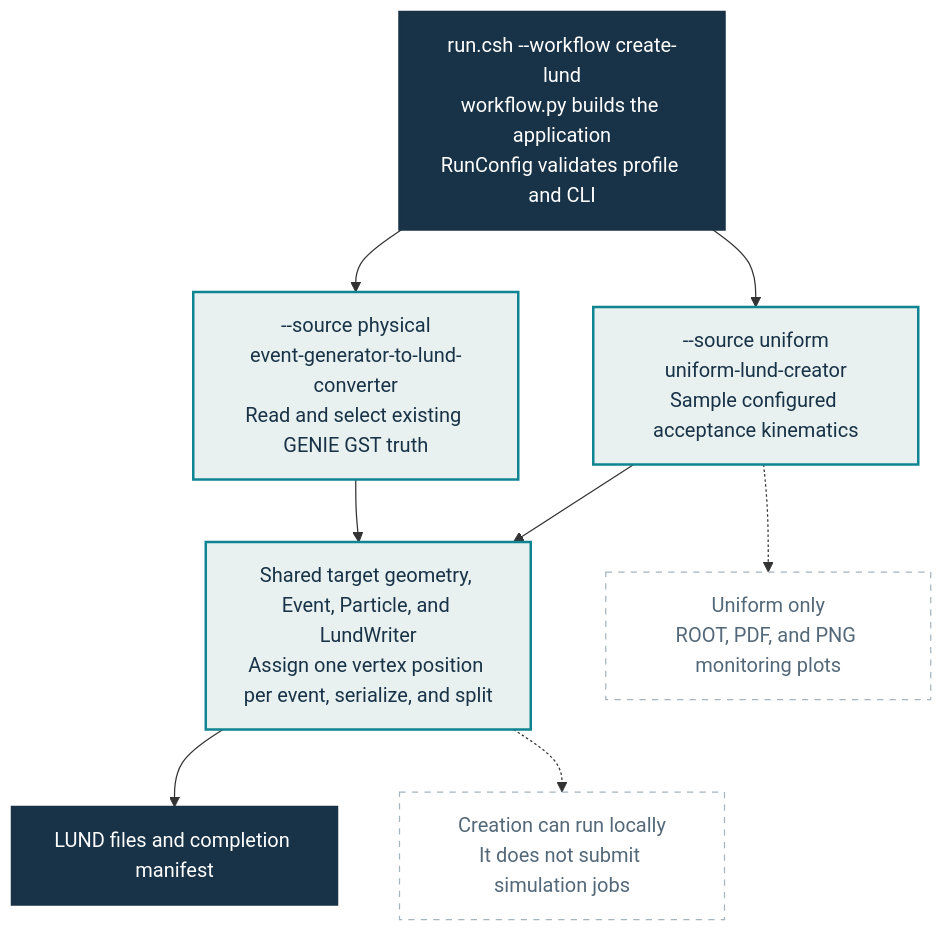
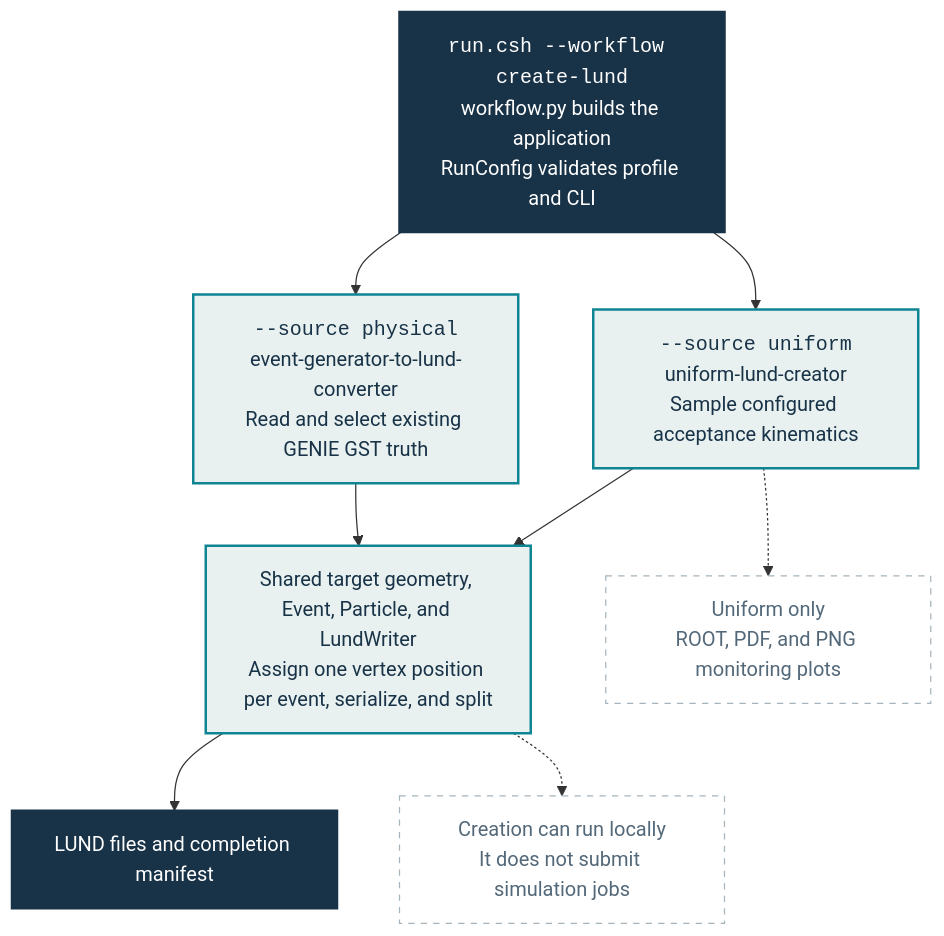
The first of 2 diagrams in docs/index.md (alons126/CLAS12-sample-generator), drawn with Mermaid before and after one commit. The commit also changed other lines of this file and 18 other files, not shown here.

````diff
--- a/docs/index.md
+++ b/docs/index.md
@@ -9,25 +7,25 @@
 ```mermaid
 flowchart TD
-    BUILD["run.csh --workflow create-lund<br/>workflow.py builds the application<br/>RunConfig validates profile and CLI"]
-    U["--source uniform<br/>uniform-lund-creator<br/>Sample configured acceptance kinematics"]
-    P["--source physical<br/>event-generator-to-lund-converter<br/>Read and select existing GENIE GST truth"]
+    BUILD["<code>run.csh --workflow create-lund</code><br/>workflow.py builds the application<br/>RunConfig validates profile and CLI"]
+    U["<code>--source uniform</code><br/>uniform-lund-creator<br/>Sample configured acceptance kinematics"]
+    P["<code>--source physical</code><br/>event-generator-to-lund-converter<br/>Read and select existing GENIE GST truth"]
     SHARED["Shared target geometry, Event, Particle, and LundWriter<br/>Assign one vertex position per event, serialize, and split"]
     DONE["LUND files and completion manifest"]
     MONITORING["Uniform only<br/>ROOT, PDF, and PNG monitoring plots"]
     LOCAL["Creation can run locally<br/>It does not submit simulation jobs"]
 
     BUILD --> U
     BUILD --> P
     U --> SHARED
     P --> SHARED
     SHARED --> DONE
     U -.-> MONITORING
     SHARED -.-> LOCAL
 
     classDef endpoint fill:#183247,color:#ffffff,stroke:#183247,stroke-width:2px;
     classDef stage fill:#e8f1ef,color:#183247,stroke:#0f8492,stroke-width:2px;
     classDef note fill:#ffffff,color:#536879,stroke:#a6b4bd,stroke-dasharray:5 5;
     class BUILD,DONE endpoint;
     class U,P,SHARED stage;
     class MONITORING,LOCAL note;
 ```
````
